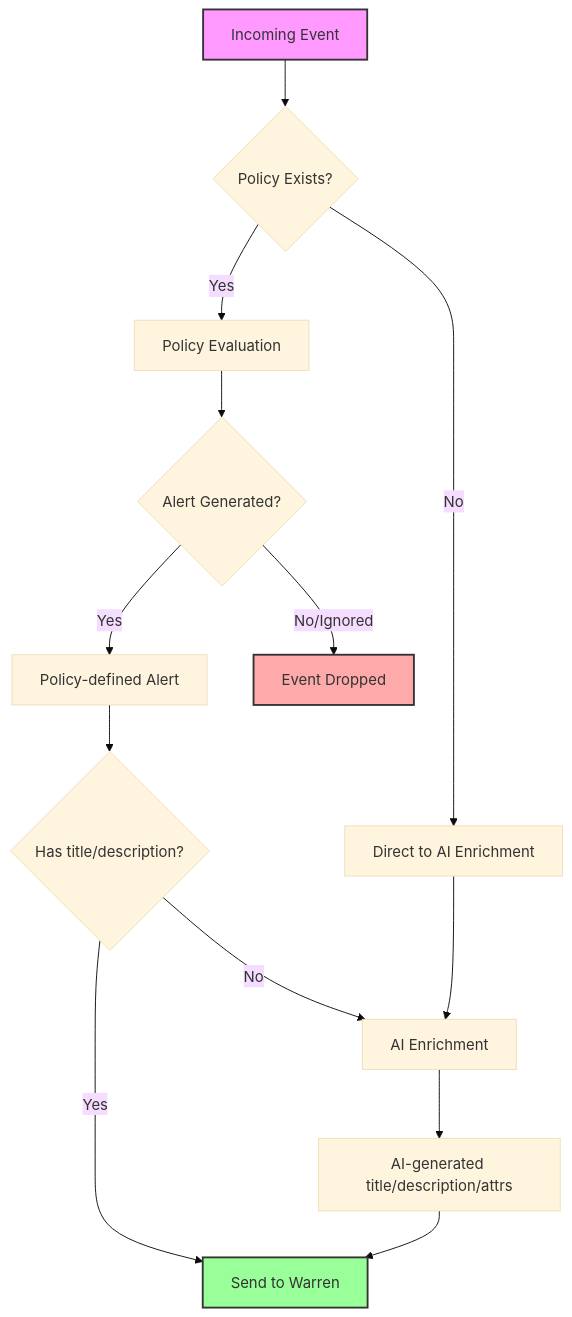
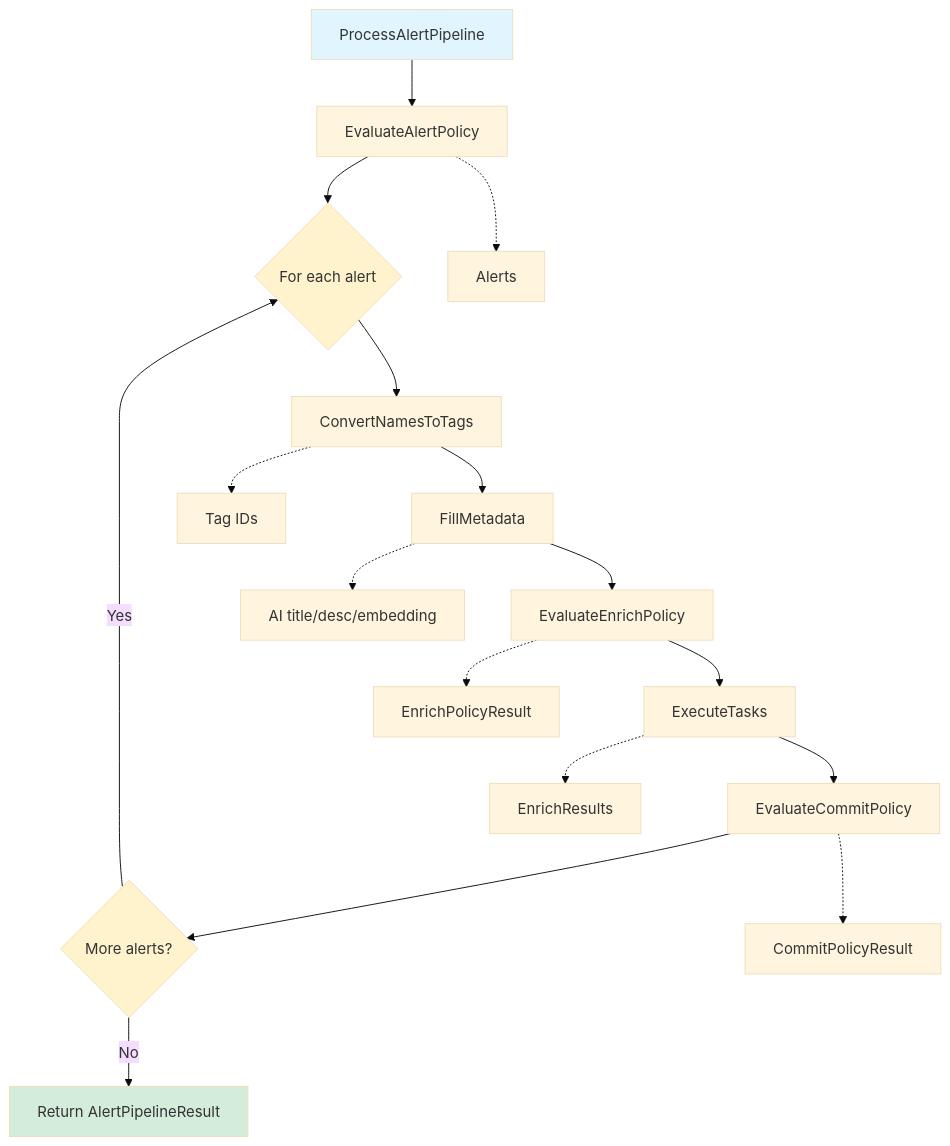
The second of 2 diagrams in doc/policy.md (secmon-lab/warren), drawn with Mermaid (base theme) before and after one commit. The commit also changed other lines of this file, not shown here.

Commit message:
docs(policy.md): update policy guide to enhance clarity, structure, and content, including new sections on pipeline architecture and best practices for policy writing

````diff
--- a/doc/policy.md
+++ b/doc/policy.md
@@ -33,22 +333,27 @@
 ```mermaid
-flowchart TD
-    A[Incoming Event] --> B{Policy Exists?}
-    B -->|Yes| C[Policy Evaluation]
-    B -->|No| D[Direct to AI Enrichment]
-    
-    C --> E{Alert Generated?}
-    E -->|Yes| F[Policy-defined Alert]
-    E -->|No/Ignored| G[Event Dropped]
-    
-    F --> H{Has title/description?}
-    H -->|Yes| I[Send to Warren]
-    H -->|No| J[AI Enrichment]
-    
-    D --> J
-    J --> K[AI-generated title/description/attrs]
-    K --> I
-    
-    style A fill:#f9f,stroke:#333,stroke-width:2px
-    style I fill:#9f9,stroke:#333,stroke-width:2px
-    style G fill:#faa,stroke:#333,stroke-width:2px
+flowchart TB
+    Start[ProcessAlertPipeline] --> A[EvaluateAlertPolicy]
+    A --> B{For each alert}
+
+    B --> C[ConvertNamesToTags]
+    C --> D[FillMetadata]
+    D --> E[EvaluateEnrichPolicy]
+    E --> F[ExecuteTasks]
+    F --> G[EvaluateCommitPolicy]
+
+    G --> H{More alerts?}
+    H -->|Yes| B
+    H -->|No| I[Return AlertPipelineResult]
+
+    A -.-> A1[Alerts]
+    C -.-> C1[Tag IDs]
+    D -.-> D1[AI title/desc/embedding]
+    E -.-> E1[EnrichPolicyResult]
+    F -.-> F1[EnrichResults]
+    G -.-> G1[CommitPolicyResult]
+
+    style Start fill:#e1f5ff
+    style I fill:#d4edda
+    style B fill:#fff3cd
+    style H fill:#fff3cd
 ```
````
